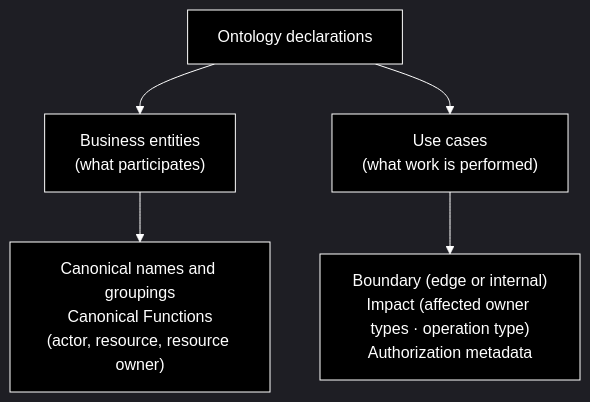
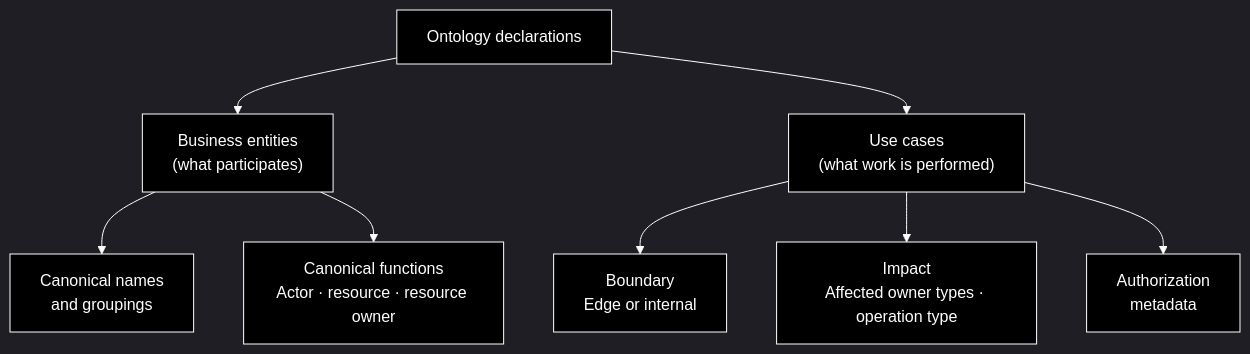
Before and after one commit to clean-arch-enablers-project/clean-ontology: the first of 3 diagrams in concept/README.md, drawn with Mermaid.

Commit message:
docs: split ontology diagram into smaller neighboring nodes

````diff
--- a/concept/README.md
+++ b/concept/README.md
@@ -29,10 +29,13 @@
 ```mermaid
 %%{init: {'theme': 'dark', 'themeVariables': {'lineColor': '#ffffff', 'edgeLabelBackground': '#000000', 'primaryTextColor': '#ffffff'}}}%%
 flowchart TD
     ontology["Ontology declarations"] --> entities["Business entities<br/>(what participates)"]
     ontology --> capabilities["Use cases<br/>(what work is performed)"]
-    entities --> meaning["Canonical names and groupings<br/> Canonical Functions (actor, resource, resource owner)"]
-    capabilities --> work["Boundary (edge or internal)<br/>Impact (affected owner types · operation type)<br/>Authorization metadata"]
+    entities --> names["Canonical names<br/>and groupings"]
+    entities --> functions["Canonical functions<br/>Actor · resource · resource owner"]
+    capabilities --> boundary["Boundary<br/>Edge or internal"]
+    capabilities --> impact["Impact<br/>Affected owner types · operation type"]
+    capabilities --> authorization["Authorization<br/>metadata"]
 
     classDef default fill:#000000,stroke:#ffffff,color:#ffffff
 ```
````
